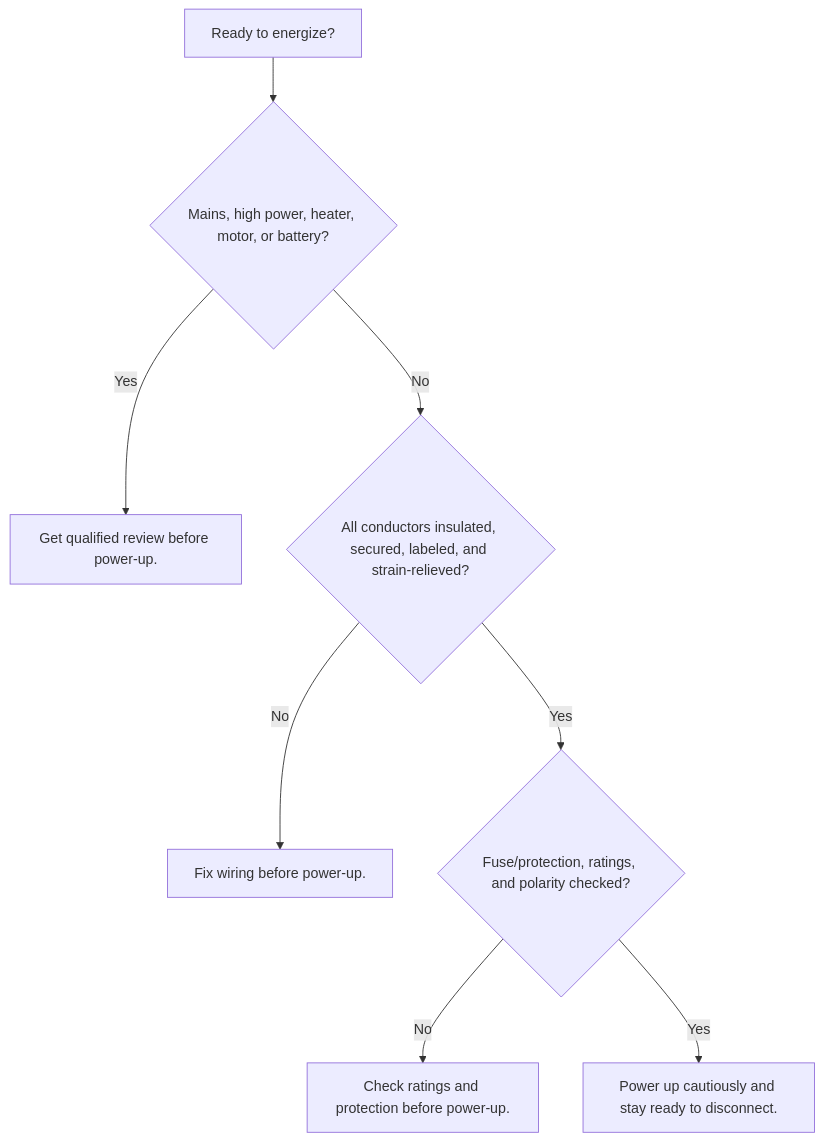
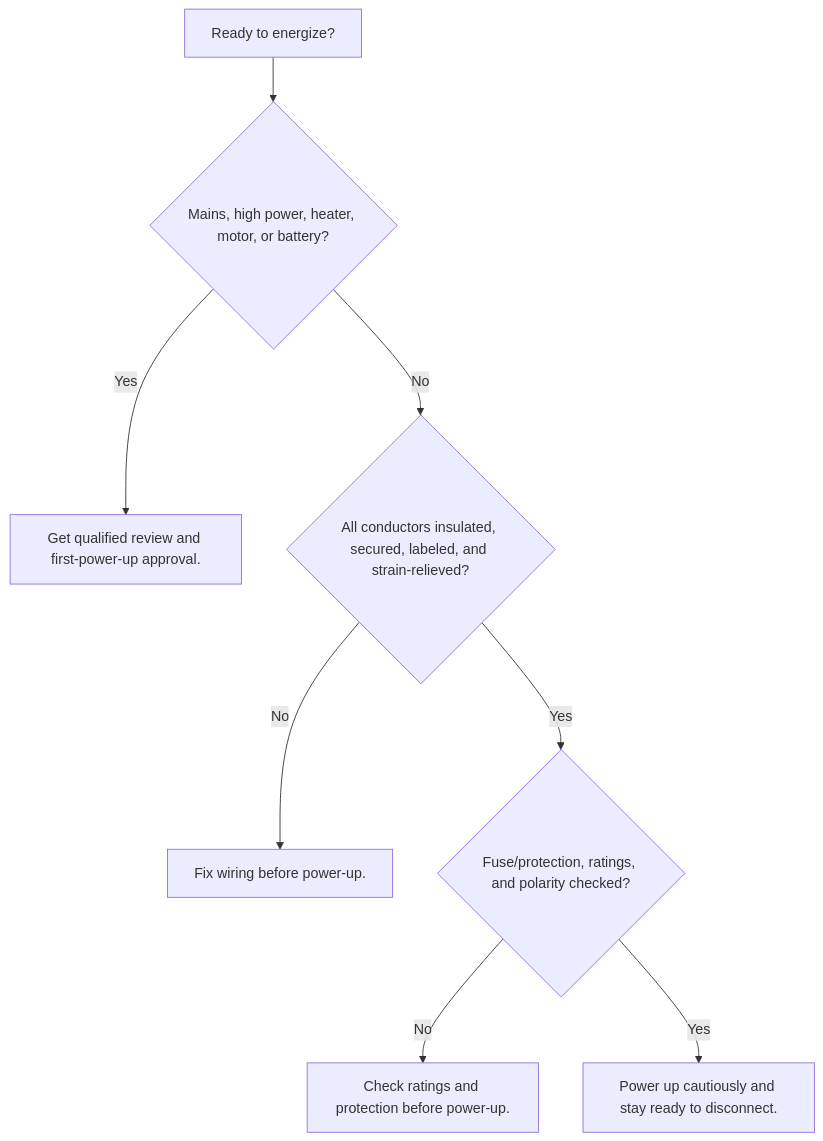
One commit to uwo-fast/uwo-fast changed the diagram in lab-signs/wiring.md. Above: the diagram before and after it, drawn with Mermaid. The commit also changed other lines of this file and 11 other files, not shown here.

````diff
--- a/lab-signs/wiring.md
+++ b/lab-signs/wiring.md
@@ -37,10 +40,10 @@
 ```mermaid
 flowchart TD
     A[Ready to energize?] --> B{Mains, high power, heater, motor, or battery?}
-    B -->|Yes| C[Get qualified review before power-up.]
+    B -->|Yes| C[Get qualified review and first-power-up approval.]
     B -->|No| D{All conductors insulated, secured, labeled, and strain-relieved?}
     D -->|No| E[Fix wiring before power-up.]
     D -->|Yes| F{Fuse/protection, ratings, and polarity checked?}
     F -->|No| G[Check ratings and protection before power-up.]
     F -->|Yes| H[Power up cautiously and stay ready to disconnect.]
 ```
````
